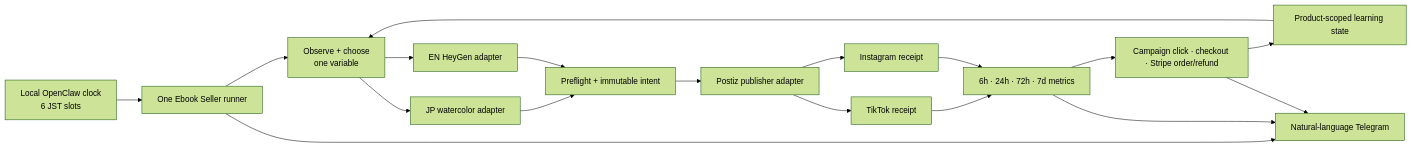
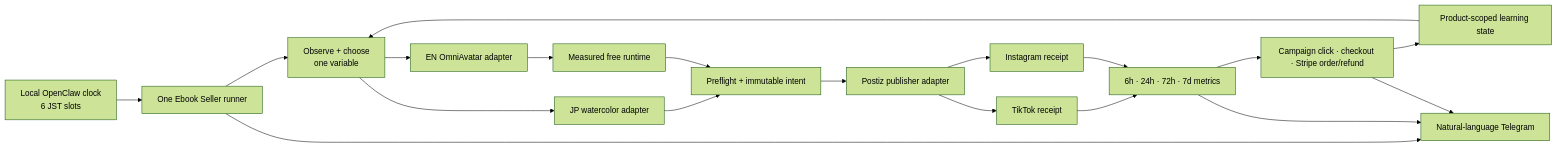
The first of 2 diagrams in specs/28-EBOOK-SELLER-DUAL-MONK-LOOPS.md (Daisuke134/anicca), drawn with Mermaid (forest theme) before and after one commit. The commit also changed other lines of this file and 3 other files, not shown here.

Commit message:
docs: adopt free OmniAvatar for ebook EN

````diff
--- a/specs/28-EBOOK-SELLER-DUAL-MONK-LOOPS.md
+++ b/specs/28-EBOOK-SELLER-DUAL-MONK-LOOPS.md
@@ -63,20 +65,21 @@
 ```mermaid
 flowchart LR
     Clock[Local OpenClaw clock\n6 JST slots] --> Runner[One Ebook Seller runner]
     Runner --> Decide[Observe + choose\none variable]
     Decide --> JP[JP watercolor adapter]
-    Decide --> EN[EN HeyGen adapter]
+    Decide --> EN[EN OmniAvatar adapter]
     JP --> Guard[Preflight + immutable intent]
-    EN --> Guard
+    EN --> Free[Measured free runtime]
+    Free --> Guard
     Guard --> Postiz[Postiz publisher adapter]
     Postiz --> TT[TikTok receipt]
     Postiz --> IG[Instagram receipt]
     TT --> Metrics[6h · 24h · 72h · 7d metrics]
     IG --> Metrics
     Metrics --> Funnel[Campaign click · checkout · Stripe order/refund]
     Funnel --> Learn[Product-scoped learning state]
     Learn --> Decide
     Runner --> Telegram[Natural-language Telegram]
     Metrics --> Telegram
     Funnel --> Telegram
 ```
````
